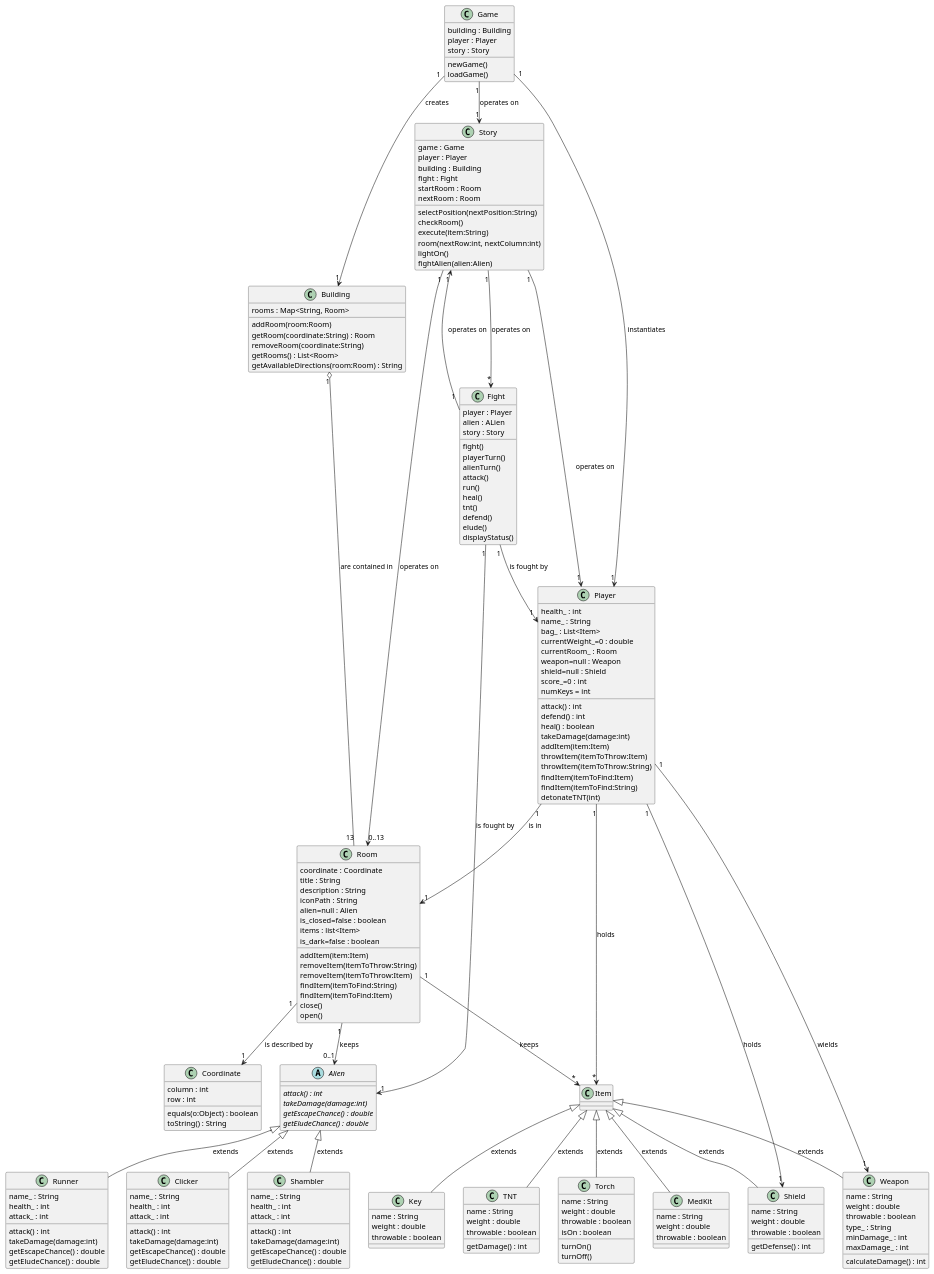
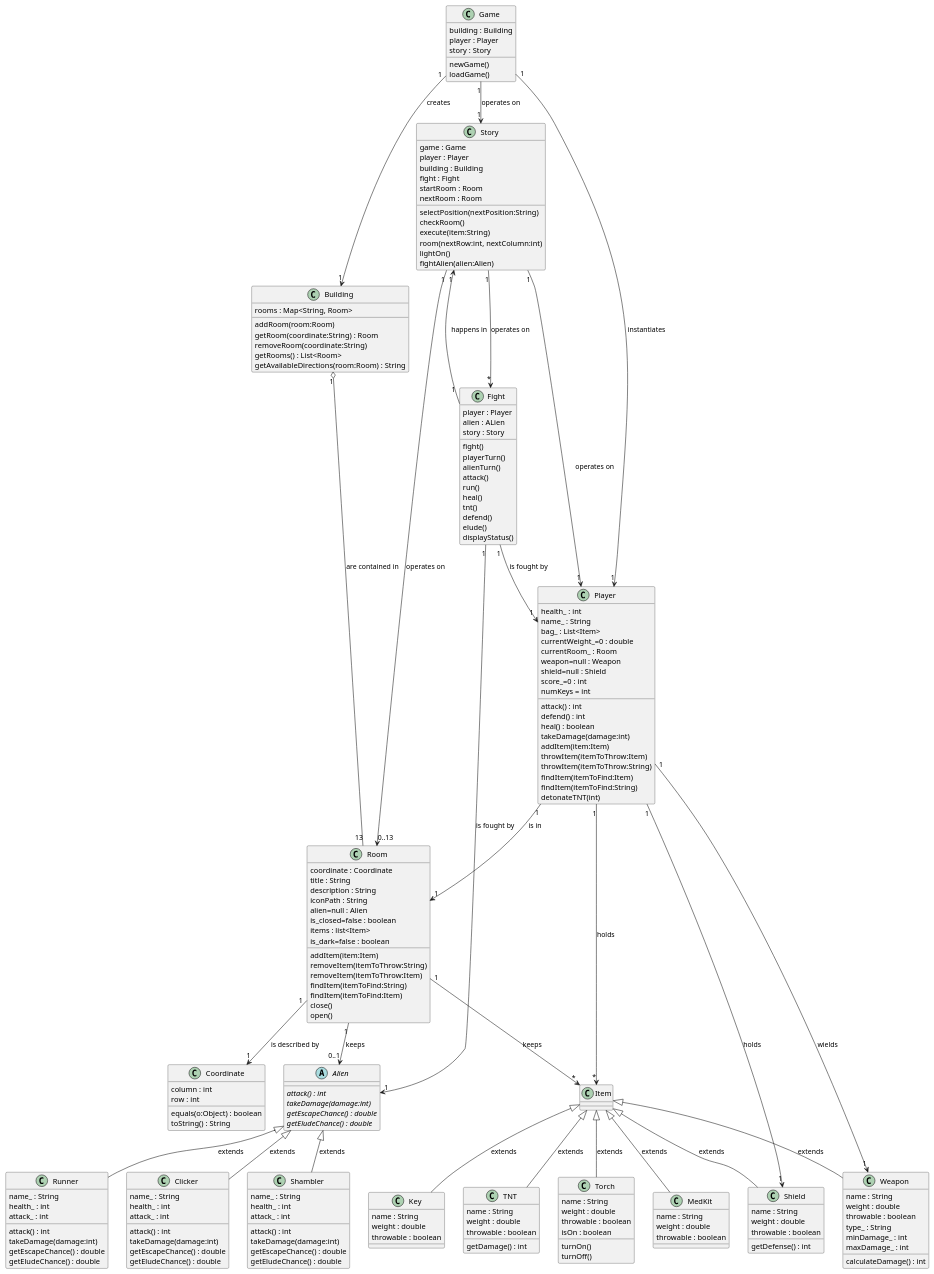
Before and after one commit to EDIDS/EDIDS_Proj: the diagram in src/main/java/com/extraction/uml/uml diagrams/Design-Class-Model-Core.puml, drawn with PlantUML. The commit also changed 12 other files, not shown here.

Commit message:
Almost finished diagrams.

```diff
--- a/src/main/java/com/extraction/uml/uml diagrams/Design-Class-Model-Core.puml
+++ b/src/main/java/com/extraction/uml/uml diagrams/Design-Class-Model-Core.puml
@@ -187,7 +187,7 @@
 
 Fight"1" --> "1"Player : is fought by
 Fight"1" --> "1"Alien : is fought by
-Fight"1" --> "1"Story : operates on
+Fight"1" --> "1"Story : happens in
 
 Item <|-- Key : extends
 Item <|-- MedKit : extends
```
